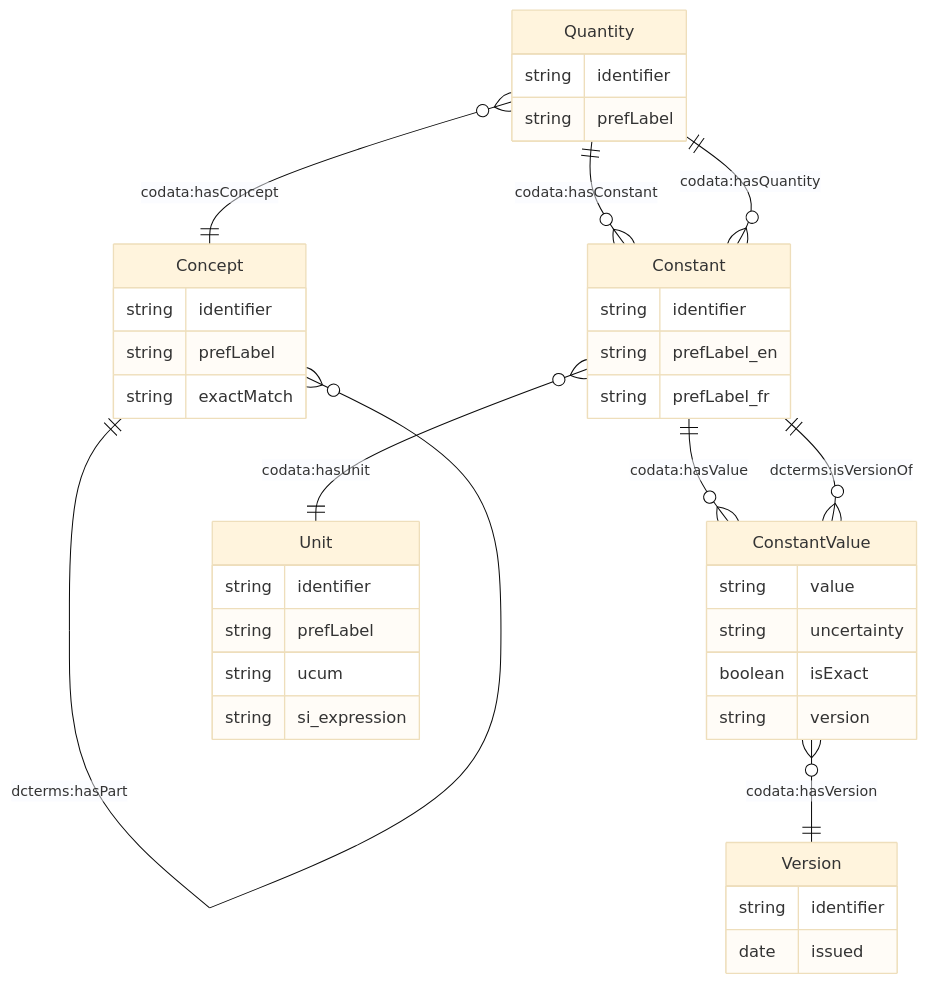
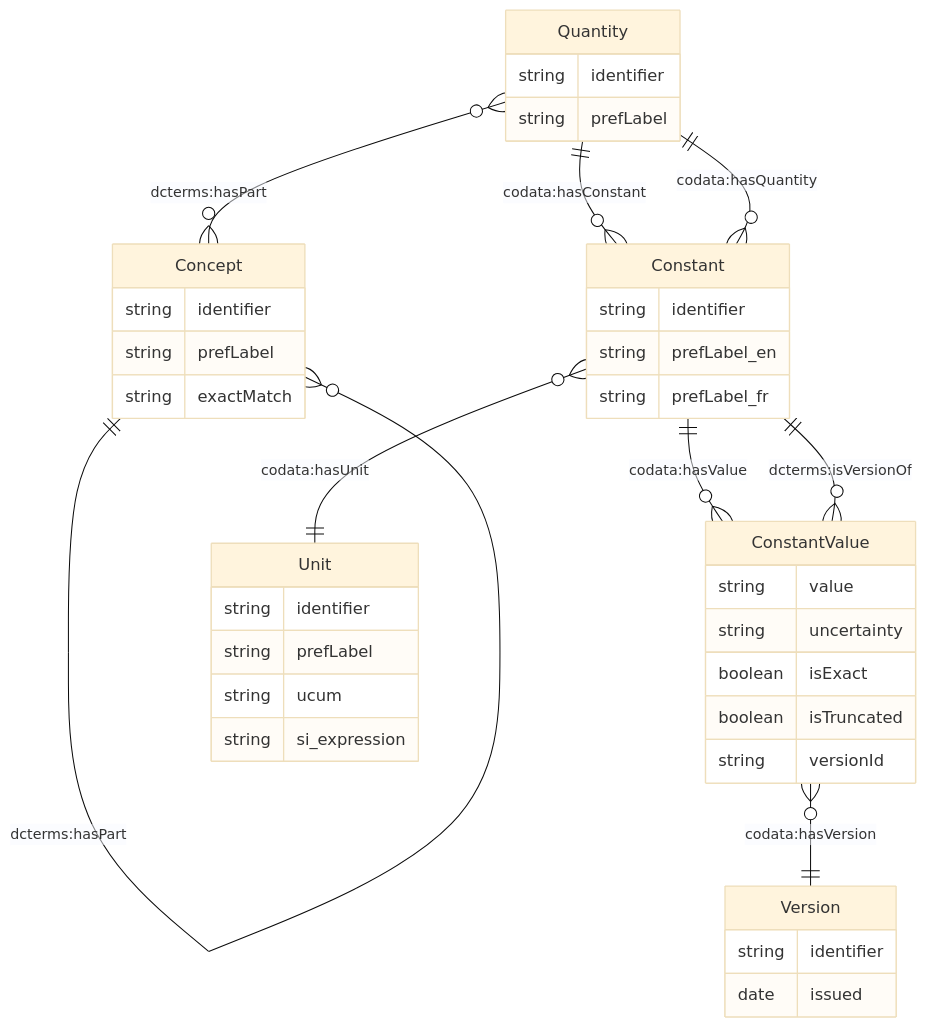
Before and after one commit to codata/drum-constants: the first of 2 diagrams in CODATA_CONSTANTS_MODEL.md, drawn with Mermaid (base theme). The commit also changed other lines of this file, not shown here.

Commit message:
Refactor CODATA model to enhance semantic relationships and update constant definitions

````diff
--- a/CODATA_CONSTANTS_MODEL.md
+++ b/CODATA_CONSTANTS_MODEL.md
@@ -54,48 +55,49 @@
 ```mermaid
 erDiagram
     Concept ||--o{ Concept : "skos:broader"
     Concept ||--o{ Concept : "dcterms:hasPart"
-    Quantity }o--|| Concept : "codata:hasConcept"
+    Quantity }o--o{ Concept : "dcterms:hasPart"
     Quantity ||--o{ Constant : "codata:hasConstant"
     Constant }o--|| Quantity : "codata:hasQuantity"  
     Constant ||--o{ ConstantValue : "codata:hasValue"
     Constant }o--|| Unit : "codata:hasUnit"
     ConstantValue }o--|| Constant : "dcterms:isVersionOf"
     ConstantValue }o--|| Version : "codata:hasVersion"
     
     Concept {
         string identifier
         string prefLabel
         string exactMatch
     }
     
     Quantity {
         string identifier
         string prefLabel
     }
     
     Constant {
         string identifier
         string prefLabel_en
         string prefLabel_fr
     }
     
     Unit {
         string identifier
         string prefLabel
         string ucum
         string si_expression
     }
     
     Version {
         string identifier
         date issued
     }
     
     ConstantValue {
         string value
         string uncertainty
         boolean isExact
-        string version
+        boolean isTruncated
+        string versionId
     }
 ```
````
